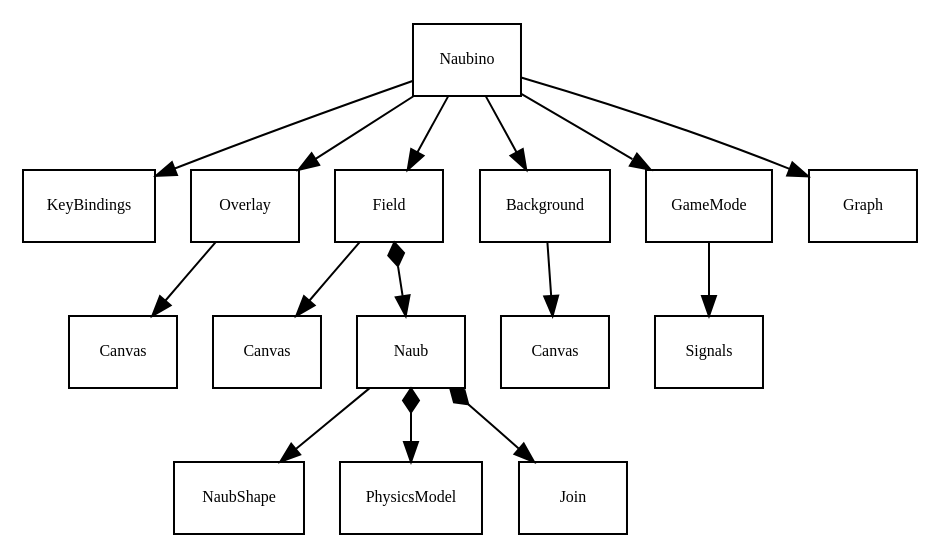
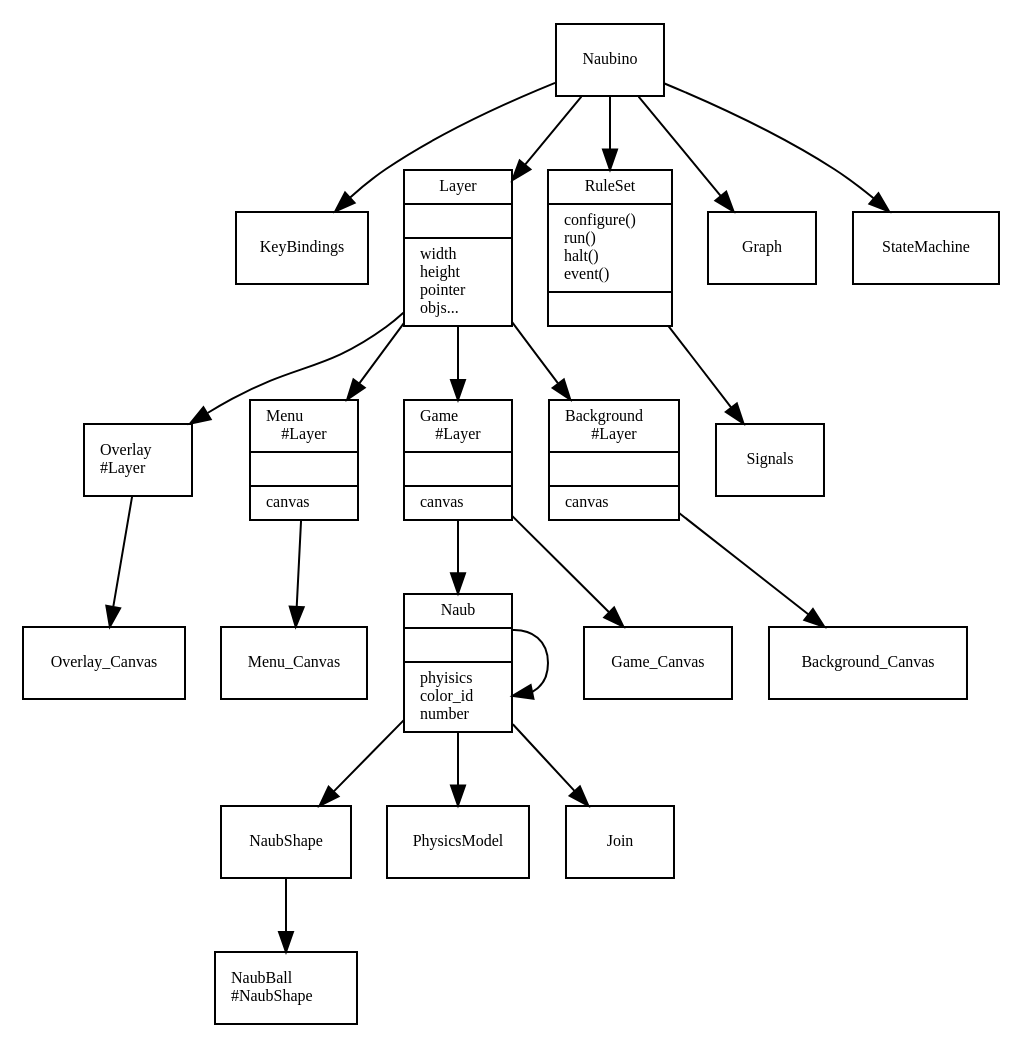
Before and after one commit to naubino/naubino.js: the diagram in doc/uml-new.dot, drawn with Graphviz.

Commit message:
elaborated on the uml graph

```diff
--- a/doc/uml-new.dot
+++ b/doc/uml-new.dot
@@ -1,55 +1,66 @@
 digraph G {
   fontname = "Bitstream Vera Sans"
   fontsize = 8
 
   node [fontname = "Bitstream Vera Sans"
     fontsize = 8
     shape = "record"]
   edge [fontname = "Bitstream Vera Sans"
     fontsize = 8
     arrowhead = "normal"
     arrowtail  = "none"
     dir = "both"]
 
-  Naubino [label="{Naubino}"]
-  KeyBindings[label="{KeyBindings}"]
-  Signals[label="{Signals}"]
+ Naubino [label="{Naubino}"]
+ KeyBindings[label="{KeyBindings}"]
+ Signals[label="{Signals}"]
+ Layer[label="{Layer||width\lheight\lpointer\lobjs\...\l}"]
+ RuleSet[label="{RuleSet|configure()\lrun()\lhalt()\levent()\l|}"]
 
-  Overlay[label="{Overlay}"]
-  Overlay_Canvas[label="{Canvas}"]
-  Field[label="{Field}"]
-  Field_Canvas[label="{Canvas}"]
-  Background[label="{Background}"]
-  Background_Canvas[label="{Canvas}"]
+ Overlay[label="{Overlay\l#Layer\l}"]
+ Menu [label="{Menu\l#Layer||canvas\l}"]
+ Game [label="{Game\l#Layer||canvas\l}"]
+ Background[label="{Background\l#Layer||canvas\l}"]
 
-  GameMode[label="{GameMode}"]
-  The_Graph[label="{Graph}"]
-  Naub[label="{Naub}"]
-  NaubShape[label="{NaubShape}"]
+ The_Graph[label="{Graph}"]
 
-  Physics[label="{PhysicsModel}"]
+ Naub[label="{Naub||phyisics\lcolor_id\lnumber\l}"]
+ NaubShape[label="{NaubShape}"]
+ NaubBall[label="{NaubBall\l#NaubShape\l}"]
 
- Naubino -> GameMode
+ Physics[label="{PhysicsModel}"]
+
+ Naubino -> RuleSet
  Naubino -> KeyBindings 
- Naubino -> Overlay
- Naubino -> Background
- Naubino -> Field
+ Naubino -> Layer
+ Naubino -> StateMachine
+
+ subgraph {
+ Layer -> Overlay
+ Layer -> Background
+ Layer -> Menu
+ Layer -> Game
  Naubino -> The_Graph
+ }
 
- GameMode -> Signals
+ RuleSet -> Signals
 
 
- Field -> Naub [arrowtail = "diamond" ]
- Field -> Field_Canvas
+ Game -> Naub
+ Game -> Game_Canvas
+ Menu -> Menu_Canvas
  Overlay -> Overlay_Canvas
  Background -> Background_Canvas
 
  Naub -> NaubShape
- Naub -> Physics [arrowtail = "diamond" ]
- Naub -> Join [arrowtail = "diamond" ]
+ Naub -> Physics 
+ Naub -> Join  
+ Naub -> Naub  
+ NaubShape -> NaubBall
 
- //NaubShape -> NaubBall
+ //NaubShape -> NaubBall[arrowtail = "diamond" ]
+
 
 
 
 }
```
